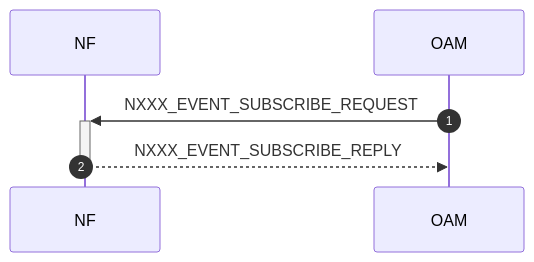
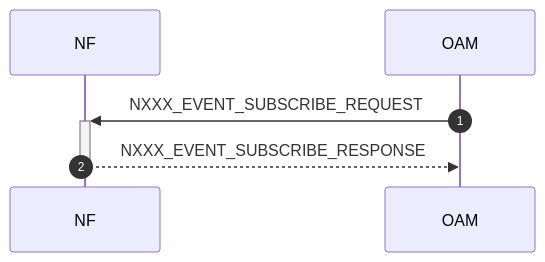
One commit to veil-link/veilink changed diagram 17 of 21 in doc/doc-spec/00-series-general/00.002-procedure.md. Above: the diagram before and after it, drawn with Mermaid. The commit also changed other lines of this file, not shown here.

Commit message:
chore: update reply to response

````diff
--- a/doc/doc-spec/00-series-general/00.002-procedure.md
+++ b/doc/doc-spec/00-series-general/00.002-procedure.md
@@ -384,10 +384,10 @@
 ```mermaid
 sequenceDiagram
     autonumber
 
     participant nf as NF
     participant oam as OAM
 
     oam ->>+ nf: NXXX_EVENT_SUBSCRIBE_REQUEST
-    nf -->>- oam: NXXX_EVENT_SUBSCRIBE_REPLY
+    nf -->>- oam: NXXX_EVENT_SUBSCRIBE_RESPONSE
 ```
````
